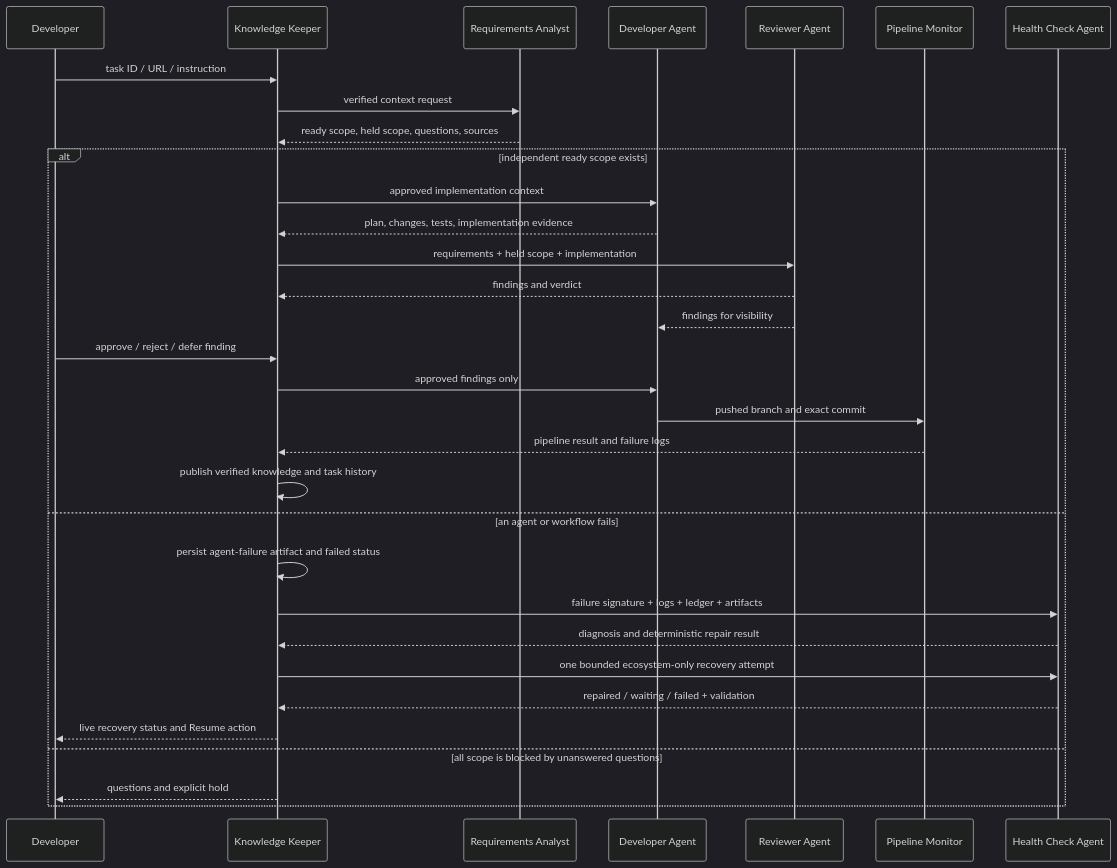
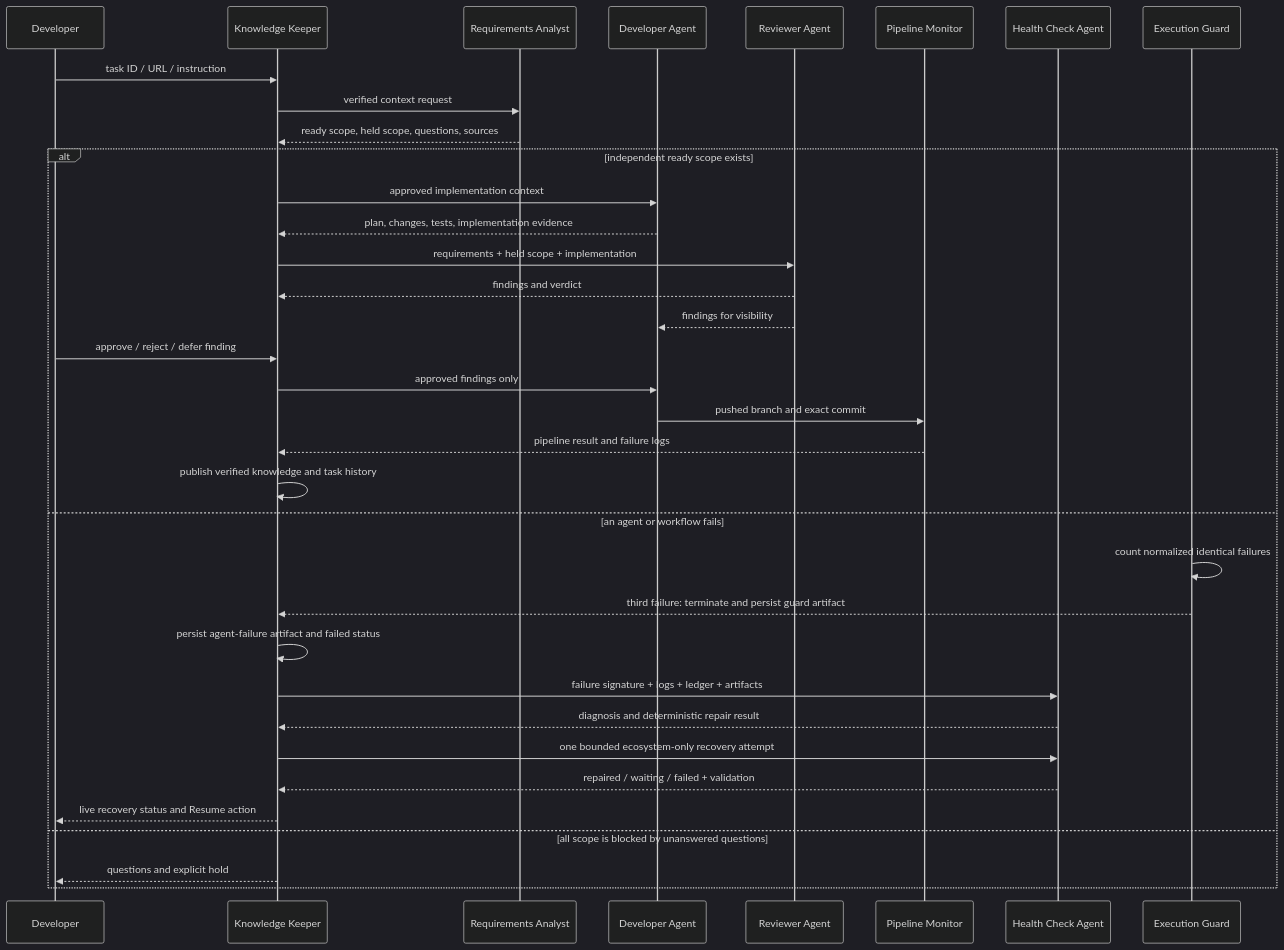
One commit to GINomad/development-agent-ecosystem changed the second of 2 diagrams in docs/architecture.md. Above: the diagram before and after it, drawn with Mermaid (dark theme). The commit also changed other lines of this file and 27 other files, not shown here.

````diff
--- a/docs/architecture.md
+++ b/docs/architecture.md
@@ -80,35 +85,38 @@
 ```mermaid
 sequenceDiagram
     participant U as Developer
     participant K as Knowledge Keeper
     participant A as Requirements Analyst
     participant D as Developer Agent
     participant R as Reviewer Agent
     participant P as Pipeline Monitor
     participant H as Health Check Agent
+    participant G as Execution Guard
 
     U->>K: task ID / URL / instruction
     K->>A: verified context request
     A-->>K: ready scope, held scope, questions, sources
     alt independent ready scope exists
         K->>D: approved implementation context
         D-->>K: plan, changes, tests, implementation evidence
         K->>R: requirements + held scope + implementation
         R-->>K: findings and verdict
         R-->>D: findings for visibility
         U->>K: approve / reject / defer finding
         K->>D: approved findings only
         D->>P: pushed branch and exact commit
         P-->>K: pipeline result and failure logs
         K->>K: publish verified knowledge and task history
     else an agent or workflow fails
+        G->>G: count normalized identical failures
+        G-->>K: third failure: terminate and persist guard artifact
         K->>K: persist agent-failure artifact and failed status
         K->>H: failure signature + logs + ledger + artifacts
         H-->>K: diagnosis and deterministic repair result
         K->>H: one bounded ecosystem-only recovery attempt
         H-->>K: repaired / waiting / failed + validation
         K-->>U: live recovery status and Resume action
     else all scope is blocked by unanswered questions
         K-->>U: questions and explicit hold
     end
 ```
````
